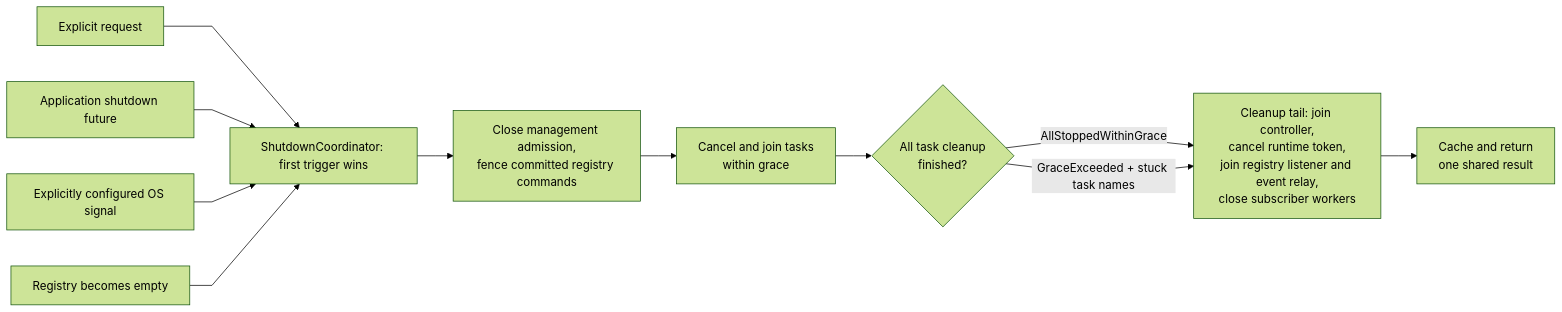
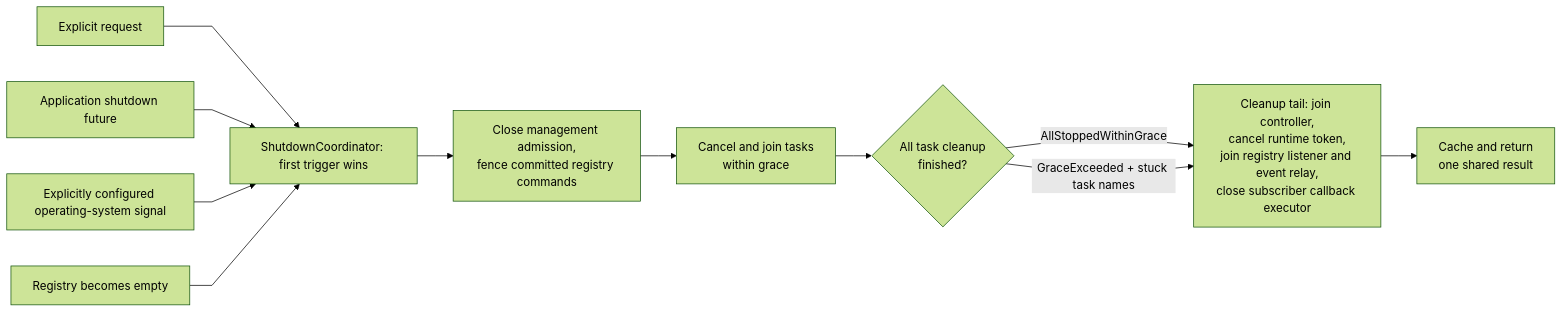
One commit to soltiHQ/taskvisor changed the tenth of 10 diagrams in src/ARCHITECTURE.md. Above: the diagram before and after it, drawn with Mermaid (forest theme). The commit also changed other lines of this file and 166 other files, not shown here.

````diff
--- a/src/ARCHITECTURE.md
+++ b/src/ARCHITECTURE.md
@@ -324,25 +425,25 @@
 ```mermaid
 %%{init: {"flowchart": {"curve": "linear"}}}%%
 flowchart LR
     Explicit["Explicit request"]
     External["Application shutdown future"]
-    Signal["Explicitly configured OS signal"]
+    Signal["Explicitly configured operating-system signal"]
     Natural["Registry becomes empty"]
     Coordinator["ShutdownCoordinator: first trigger wins"]
     Close["Close management admission,<br/>fence committed registry commands"]
     Drain["Cancel and join tasks<br/>within grace"]
     Verdict{"All task cleanup<br/>finished?"}
-    Tail["Cleanup tail: join controller,<br/>cancel runtime token,<br/>join registry listener and event relay,<br/>close subscriber workers"]
+    Tail["Cleanup tail: join controller,<br/>cancel runtime token,<br/>join registry listener and event relay,<br/>close subscriber callback executor"]
     Result["Cache and return<br/>one shared result"]
 
     Explicit --> Coordinator
     External --> Coordinator
     Signal --> Coordinator
     Natural --> Coordinator
     Coordinator --> Close
     Close --> Drain
     Drain --> Verdict
     Verdict -->|AllStoppedWithinGrace| Tail
     Verdict -->|GraceExceeded + stuck task names| Tail
     Tail --> Result
 ```
````
